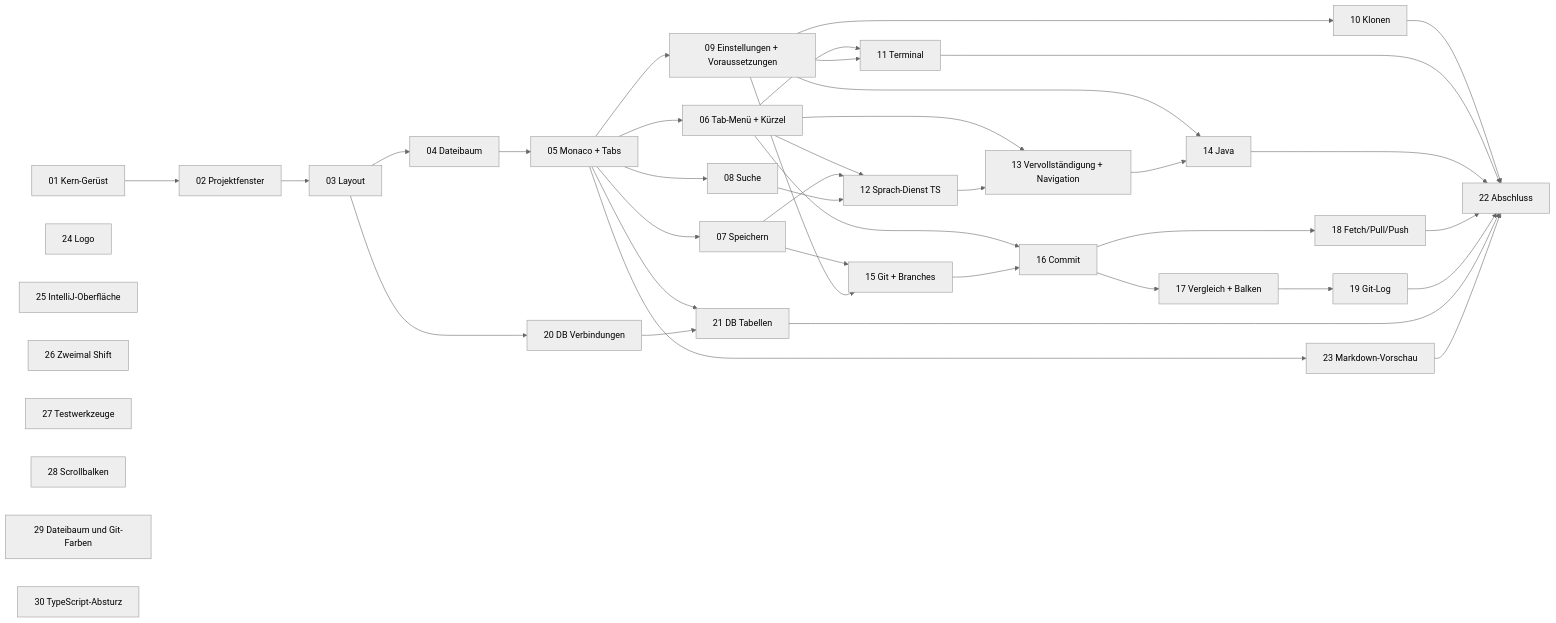
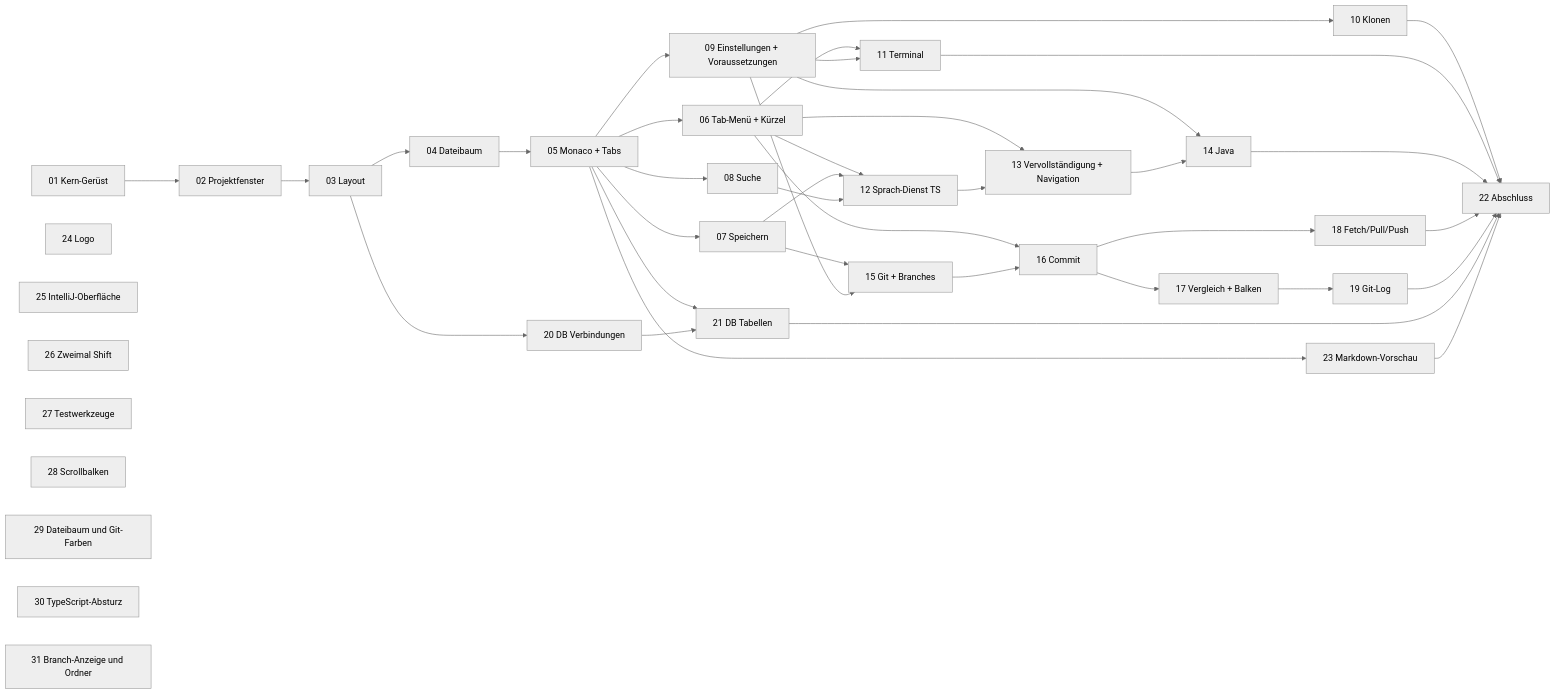
One commit to BonomoAlessandro/codium changed the diagram in docs/tickets/README.md. Above: the diagram before and after it, drawn with Mermaid (neutral theme). The commit also changed other lines of this file and 1 other file, not shown here.

First line of the commit message:
Ticket 31: Branch-Anzeige breiter, Branches im Dropdown in Ordnern

````diff
--- a/docs/tickets/README.md
+++ b/docs/tickets/README.md
@@ -105,46 +106,47 @@
 ```mermaid
 flowchart LR
   T01[01 Kern-Gerüst] --> T02[02 Projektfenster]
   T02 --> T03[03 Layout]
   T03 --> T04[04 Dateibaum]
   T04 --> T05[05 Monaco + Tabs]
   T05 --> T06[06 Tab-Menü + Kürzel]
   T05 --> T07[07 Speichern]
   T05 --> T08[08 Suche]
   T05 --> T09[09 Einstellungen + Voraussetzungen]
   T09 --> T10[10 Klonen]
   T06 --> T11[11 Terminal]
   T09 --> T11
   T06 --> T12[12 Sprach-Dienst TS]
   T07 --> T12
   T08 --> T12
   T06 --> T13[13 Vervollständigung + Navigation]
   T12 --> T13
   T09 --> T14[14 Java]
   T13 --> T14
   T07 --> T15[15 Git + Branches]
   T09 --> T15
   T06 --> T16[16 Commit]
   T15 --> T16
   T16 --> T17[17 Vergleich + Balken]
   T16 --> T18[18 Fetch/Pull/Push]
   T17 --> T19[19 Git-Log]
   T03 --> T20[20 DB Verbindungen]
   T05 --> T21[21 DB Tabellen]
   T20 --> T21
   T10 --> T22[22 Abschluss]
   T11 --> T22
   T14 --> T22
   T18 --> T22
   T19 --> T22
   T21 --> T22
   T05 --> T23[23 Markdown-Vorschau]
   T23 --> T22
   T24[24 Logo]
   T25[25 IntelliJ-Oberfläche]
   T26[26 Zweimal Shift]
   T27[27 Testwerkzeuge]
   T28[28 Scrollbalken]
   T29[29 Dateibaum und Git-Farben]
   T30[30 TypeScript-Absturz]
+  T31[31 Branch-Anzeige und Ordner]
 ```
````
